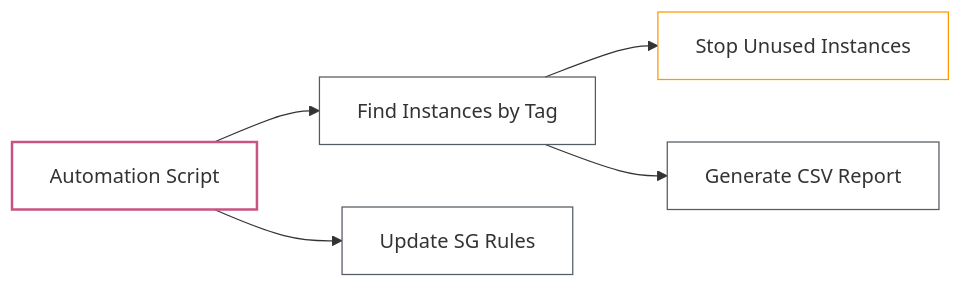
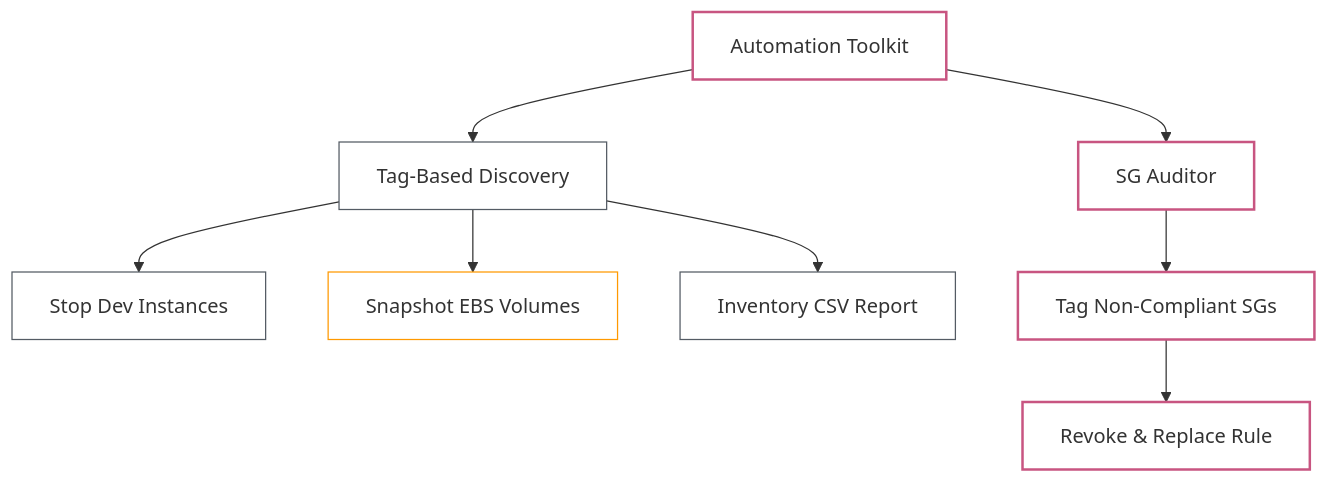
Before and after one commit to luhur-acn/intern-labs: the diagram in labs/07-Automation_Boto3.md, drawn with Mermaid. The commit also changed other lines of this file, not shown here.

Commit message:
feat: expand Boto3 lab with advanced concepts, paginators, DryRun, error handling, and enhanced automation scripts.

````diff
--- a/labs/07-Automation_Boto3.md
+++ b/labs/07-Automation_Boto3.md
@@ -16,17 +23,22 @@
 ```mermaid
-graph LR
+graph TD
     %% Styling (AWS Standards)
     classDef compute fill:none,stroke:#ff9900,stroke-width:1px;
     classDef automation fill:none,stroke:#c85581,stroke-width:2px;
+    classDef storage fill:none,stroke:#3b48cc,stroke-width:1px;
     classDef external fill:none,stroke:#545b64,stroke-width:1px;
 
-    Script[Automation Script] --> Discovery[Find Instances by Tag]
-    Discovery --> Stop[Stop Unused Instances]
-    Discovery --> Report[Generate CSV Report]
-    Script --> SG[Update SG Rules]
+    Script[Automation Toolkit] --> Discovery[Tag-Based Discovery]
+    Discovery --> Stop[Stop Dev Instances]
+    Discovery --> Snapshot[Snapshot EBS Volumes]
+    Discovery --> Report[Inventory CSV Report]
+
+    Script --> Audit[SG Auditor]
+    Audit --> Tag[Tag Non-Compliant SGs]
+    Tag --> Remediate[Revoke & Replace Rule]
 
     %% Assign Classes
-    class Script automation;
-    class Discovery,Report,SG external;
-    class Stop compute;
+    class Script,Audit,Remediate,Tag automation;
+    class Discovery,Report,Stop external;
+    class Snapshot compute;
 ```
````
